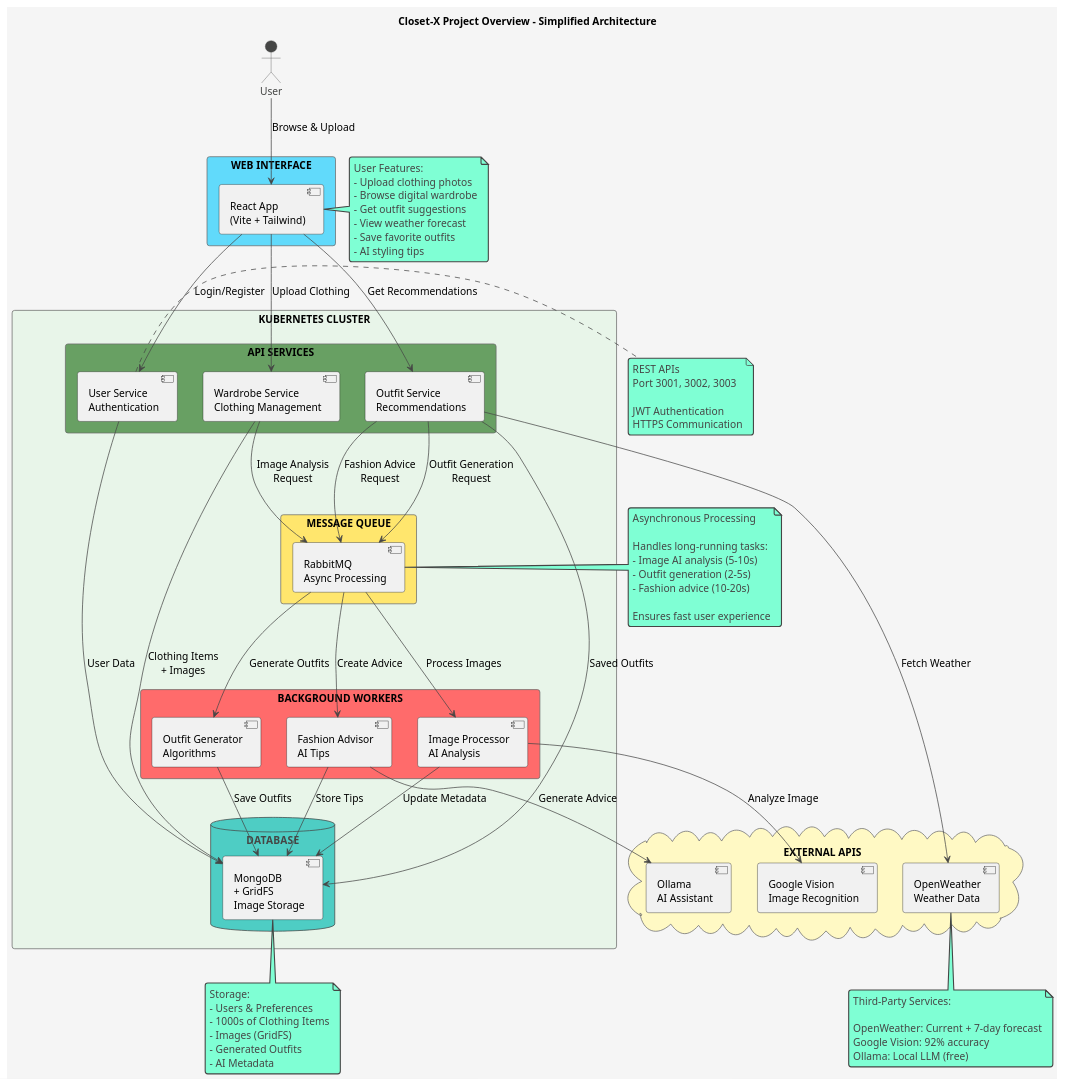
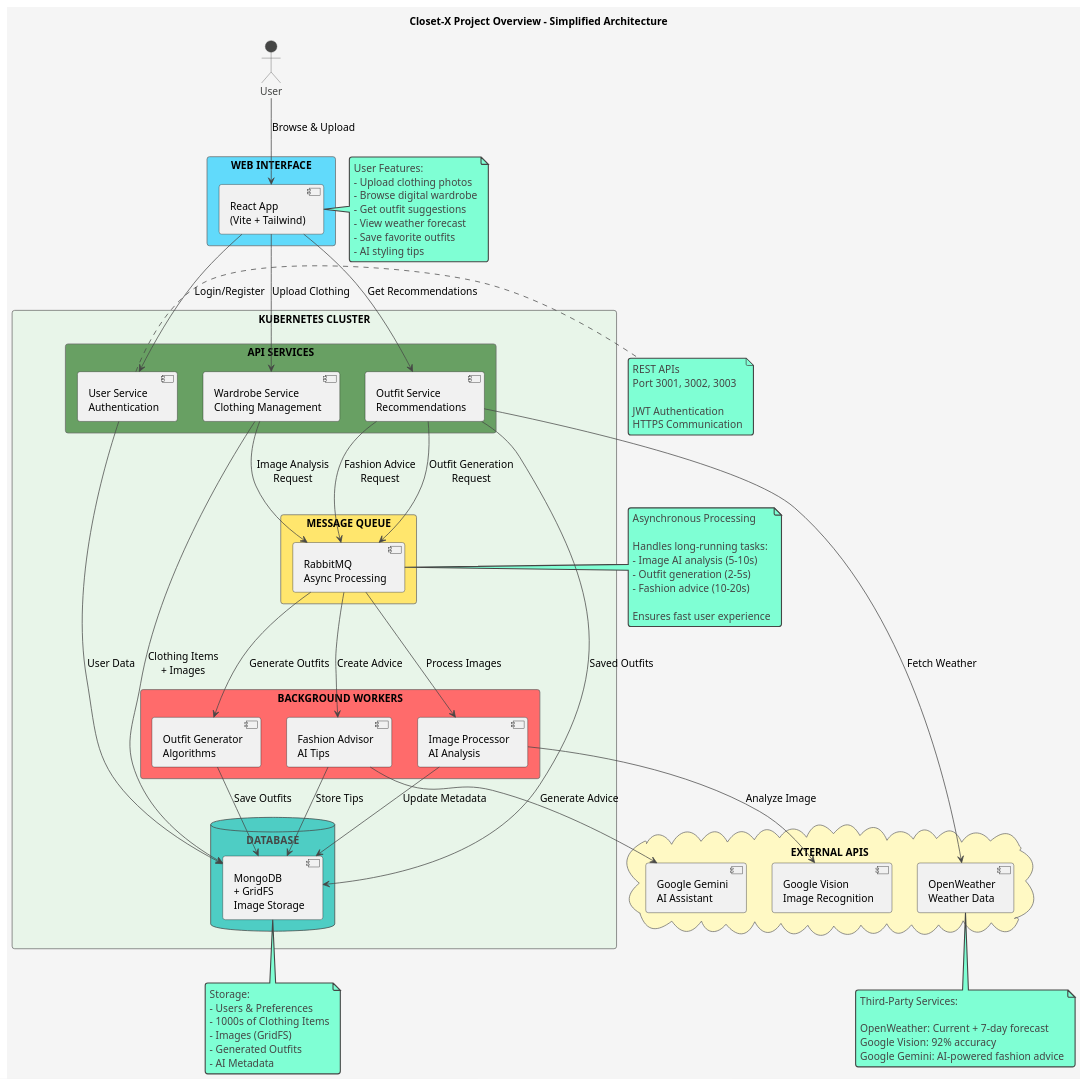
One commit to HannaSaffi/Closet-X changed the diagram in docs/diagrams/project-overview-simple.puml. Above: the diagram before and after it, drawn with PlantUML.

```diff
--- a/docs/diagrams/project-overview-simple.puml
+++ b/docs/diagrams/project-overview-simple.puml
@@ -1,126 +1,126 @@
 @startuml project-overview-simple
 !theme vibrant
 
 title Closet-X Project Overview - Simplified Architecture
 
 skinparam {
   backgroundColor #F5F5F5
   defaultFontSize 14
   shadowing false
 }
 
 actor "User" as User
 
 rectangle "WEB INTERFACE" #61DAFB {
   [React App\n(Vite + Tailwind)] as Frontend
 }
 
 rectangle "KUBERNETES CLUSTER" #E8F5E9 {
   
   rectangle "API SERVICES" #68A063 {
     [User Service\nAuthentication] as UserSvc
     [Wardrobe Service\nClothing Management] as WardrobeSvc
     [Outfit Service\nRecommendations] as OutfitSvc
   }
   
   rectangle "MESSAGE QUEUE" #FFE66D {
     [RabbitMQ\nAsync Processing] as Queue
   }
   
   rectangle "BACKGROUND WORKERS" #FF6B6B {
     [Image Processor\nAI Analysis] as ImageWorker
     [Outfit Generator\nAlgorithms] as OutfitWorker
     [Fashion Advisor\nAI Tips] as FashionWorker
   }
   
   database "DATABASE" #4ECDC4 {
     [MongoDB\n+ GridFS\nImage Storage] as DB
   }
 }
 
 cloud "EXTERNAL APIS" #FFF9C4 {
   [OpenWeather\nWeather Data] as Weather
   [Google Vision\nImage Recognition] as Vision
-  [Ollama\nAI Assistant] as Ollama
+  [Google Gemini\nAI Assistant] as Gemini
 }
 
 ' User interactions
 User --> Frontend : Browse & Upload
 
 ' Frontend to Services
 Frontend --> UserSvc : Login/Register
 Frontend --> WardrobeSvc : Upload Clothing
 Frontend --> OutfitSvc : Get Recommendations
 
 ' Services to Database
 UserSvc --> DB : User Data
 WardrobeSvc --> DB : Clothing Items\n+ Images
 OutfitSvc --> DB : Saved Outfits
 
 ' Services to Queue
 WardrobeSvc --> Queue : Image Analysis\nRequest
 OutfitSvc --> Queue : Outfit Generation\nRequest
 OutfitSvc --> Queue : Fashion Advice\nRequest
 
 ' Queue to Workers
 Queue --> ImageWorker : Process Images
 Queue --> OutfitWorker : Generate Outfits
 Queue --> FashionWorker : Create Advice
 
 ' Workers to Database
 ImageWorker --> DB : Update Metadata
 OutfitWorker --> DB : Save Outfits
 FashionWorker --> DB : Store Tips
 
 ' External API calls
 OutfitSvc --> Weather : Fetch Weather
 ImageWorker --> Vision : Analyze Image
-FashionWorker --> Ollama : Generate Advice
+FashionWorker --> Gemini : Generate Advice
 
 note right of Frontend
   User Features:
   - Upload clothing photos
   - Browse digital wardrobe
   - Get outfit suggestions
   - View weather forecast
   - Save favorite outfits
   - AI styling tips
 end note
 
 note right of UserSvc
   REST APIs
   Port 3001, 3002, 3003
   
   JWT Authentication
   HTTPS Communication
 end note
 
 note right of Queue
   Asynchronous Processing
   
   Handles long-running tasks:
   - Image AI analysis (5-10s)
   - Outfit generation (2-5s)
   - Fashion advice (10-20s)
   
   Ensures fast user experience
 end note
 
 note bottom of DB
   Storage:
   - Users & Preferences
   - 1000s of Clothing Items
   - Images (GridFS)
   - Generated Outfits
   - AI Metadata
 end note
 
 note bottom of Weather
   Third-Party Services:
   
   OpenWeather: Current + 7-day forecast
   Google Vision: 92% accuracy
-  Ollama: Local LLM (free)
+  Google Gemini: AI-powered fashion advice
 end note
 
 @enduml
```
